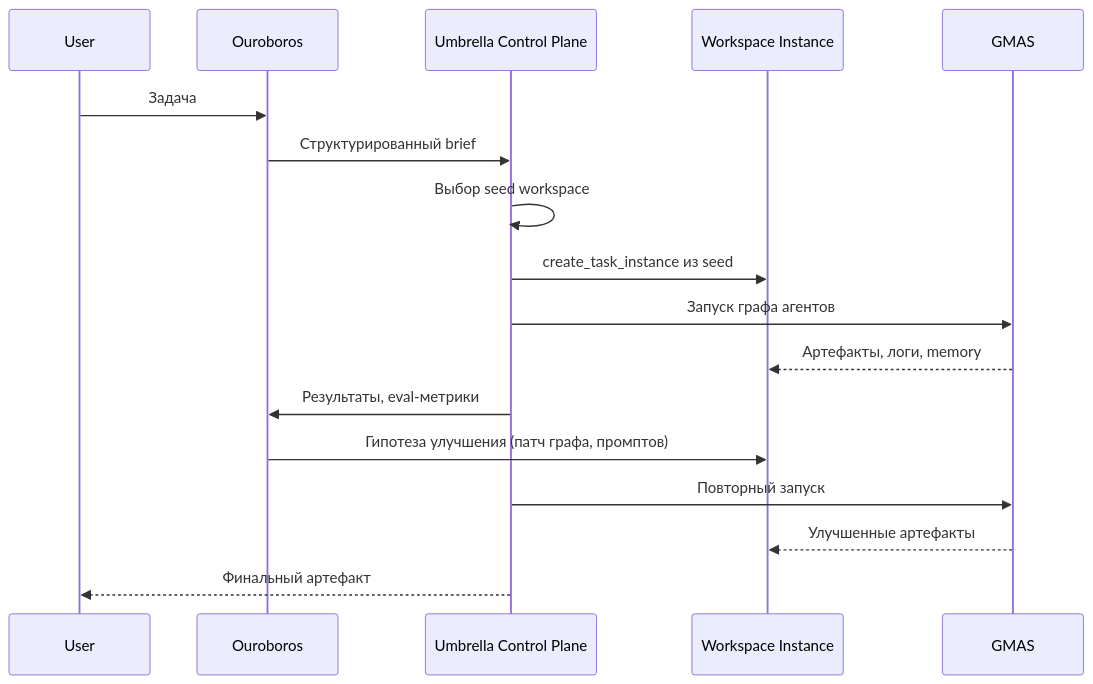
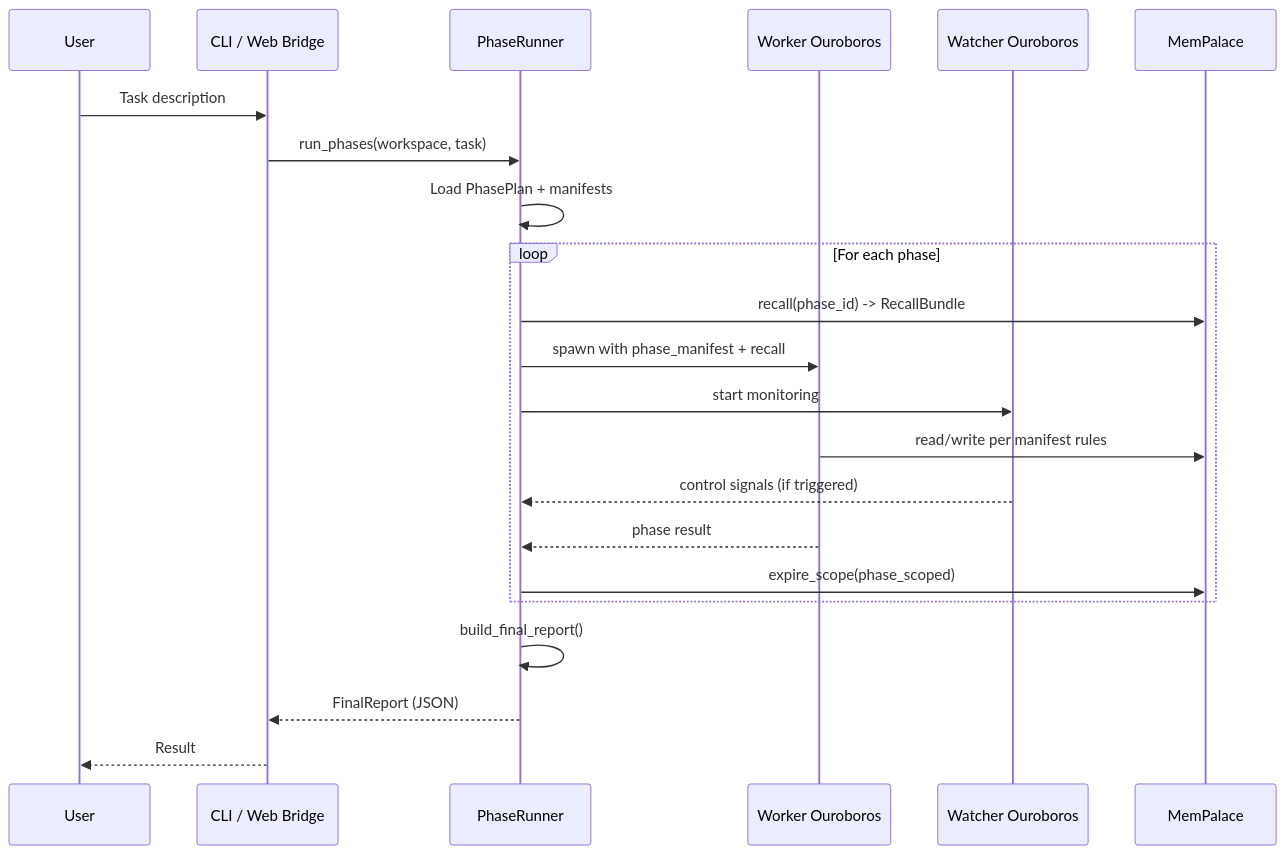
One commit to poliroika/albert7-main changed the third of 3 diagrams in docs/architecture.md. Above: the diagram before and after it, drawn with Mermaid. The commit also changed other lines of this file and 307 other files, not shown here.

````diff
--- a/docs/architecture.md
+++ b/docs/architecture.md
@@ -162,20 +228,25 @@
 ```mermaid
 sequenceDiagram
     participant User
-    participant Ouroboros
-    participant Umbrella as Umbrella Control Plane
-    participant WS as Workspace Instance
-    participant GMAS
+    participant CLI as CLI / Web Bridge
+    participant Runner as PhaseRunner
+    participant Worker as Worker Ouroboros
+    participant Watcher as Watcher Ouroboros
+    participant Palace as MemPalace
 
-    User->>Ouroboros: Задача
-    Ouroboros->>Umbrella: Структурированный brief
-    Umbrella->>Umbrella: Выбор seed workspace
-    Umbrella->>WS: create_task_instance из seed
-    Umbrella->>GMAS: Запуск графа агентов
-    GMAS-->>WS: Артефакты, логи, memory
-    Umbrella->>Ouroboros: Результаты, eval-метрики
-    Ouroboros->>WS: Гипотеза улучшения (патч графа, промптов)
-    Umbrella->>GMAS: Повторный запуск
-    GMAS-->>WS: Улучшенные артефакты
-    Umbrella-->>User: Финальный артефакт
+    User->>CLI: Task description
+    CLI->>Runner: run_phases(workspace, task)
+    Runner->>Runner: Load PhasePlan + manifests
+    loop For each phase
+        Runner->>Palace: recall(phase_id) -> RecallBundle
+        Runner->>Worker: spawn with phase_manifest + recall
+        Runner->>Watcher: start monitoring
+        Worker->>Palace: read/write per manifest rules
+        Watcher-->>Runner: control signals (if triggered)
+        Worker-->>Runner: phase result
+        Runner->>Palace: expire_scope(phase_scoped)
+    end
+    Runner->>Runner: build_final_report()
+    Runner-->>CLI: FinalReport (JSON)
+    CLI-->>User: Result
 ```
````
